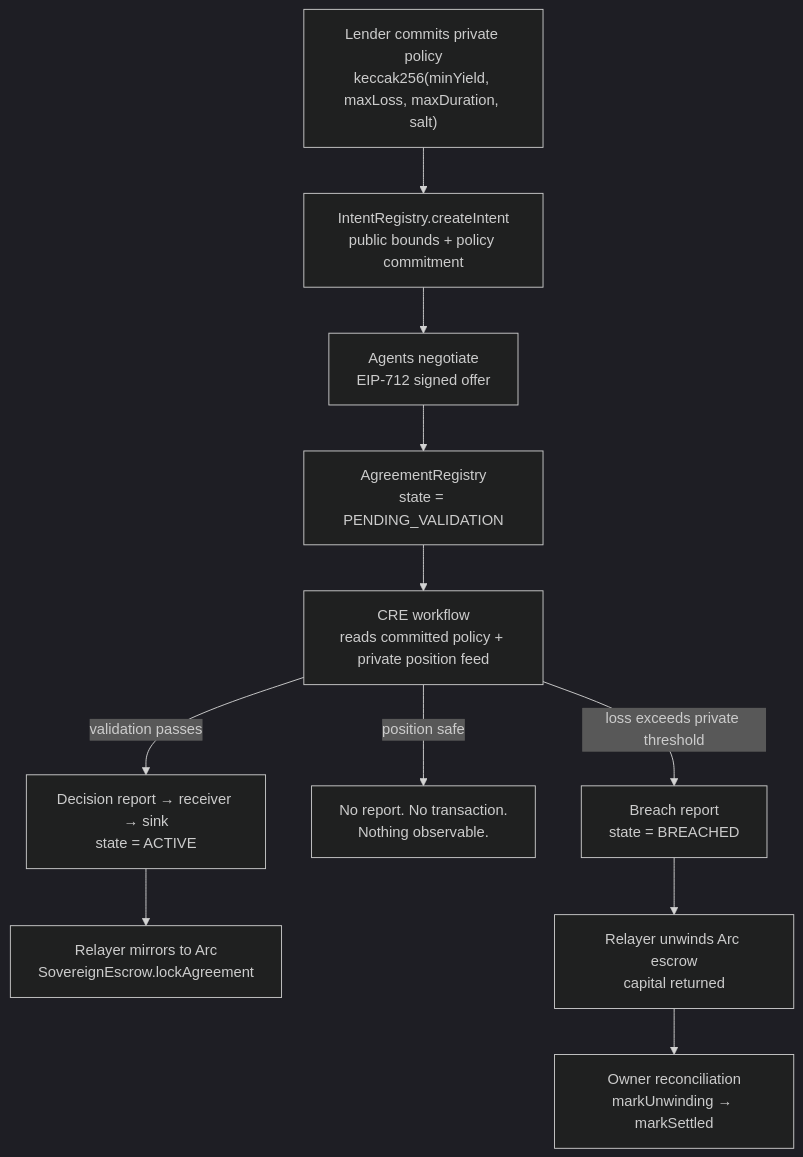
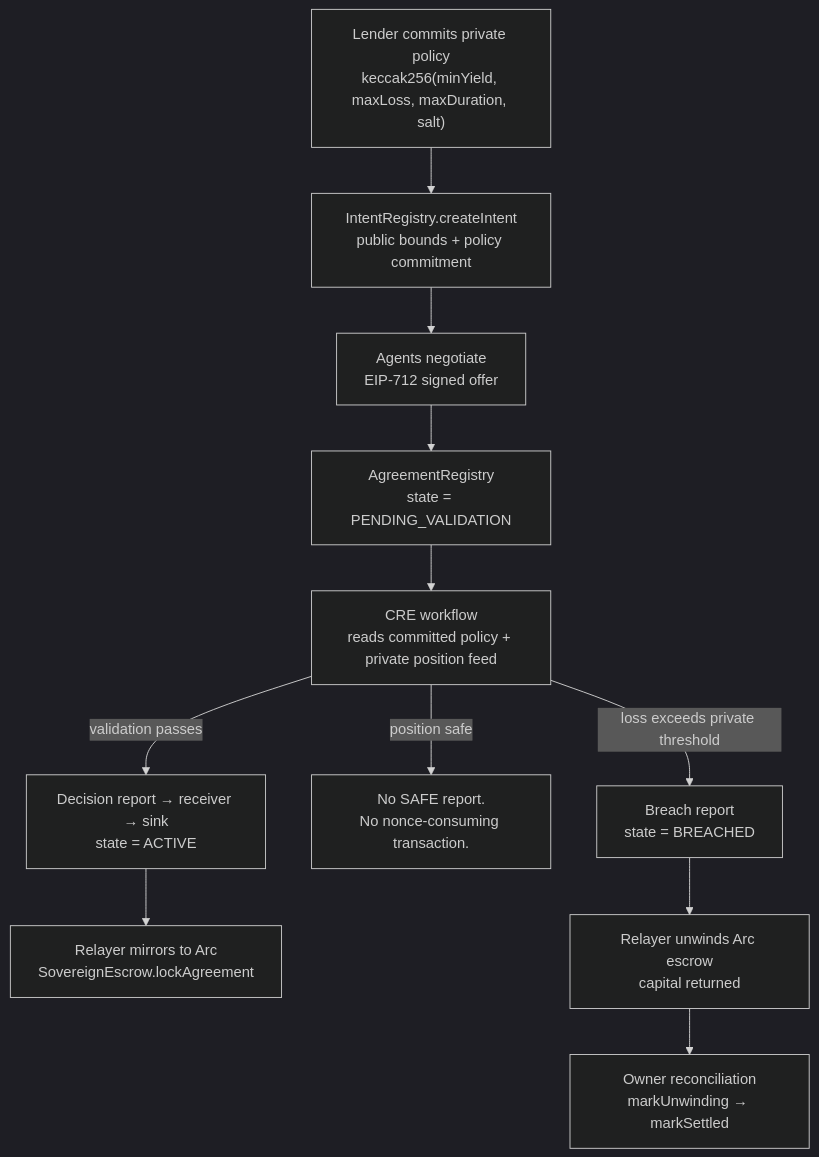
The diagram in README.md (Slo-Pix/Sovereign), drawn with Mermaid (dark theme) before and after one commit. The commit also changed other lines of this file and 9 other files, not shown here.

````diff
--- a/README.md
+++ b/README.md
@@ -44,14 +47,14 @@
 ```mermaid
 flowchart TD
     A["Lender commits private policy<br/>keccak256(minYield, maxLoss, maxDuration, salt)"] --> B
     B["IntentRegistry.createIntent<br/>public bounds + policy commitment"] --> C
     C["Agents negotiate<br/>EIP-712 signed offer"] --> D
     D["AgreementRegistry<br/>state = PENDING_VALIDATION"] --> E
     E["CRE workflow<br/>reads committed policy + private position feed"]
     E -->|"validation passes"| F["Decision report → receiver → sink<br/>state = ACTIVE"]
-    E -->|"position safe"| G["No report. No transaction.<br/>Nothing observable."]
+    E -->|"position safe"| G["No SAFE report.<br/>No nonce-consuming transaction."]
     E -->|"loss exceeds private threshold"| H["Breach report<br/>state = BREACHED"]
     F --> I["Relayer mirrors to Arc<br/>SovereignEscrow.lockAgreement"]
     H --> J["Relayer unwinds Arc escrow<br/>capital returned"]
     J --> K["Owner reconciliation<br/>markUnwinding → markSettled"]
 ```
````
